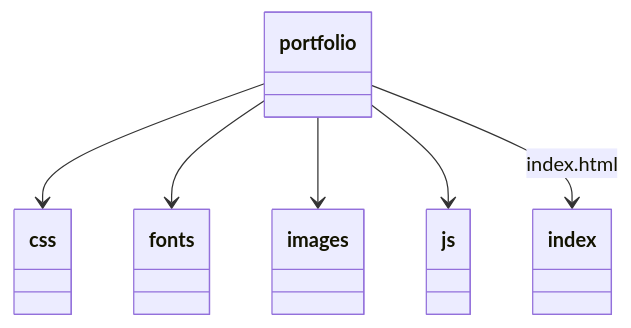
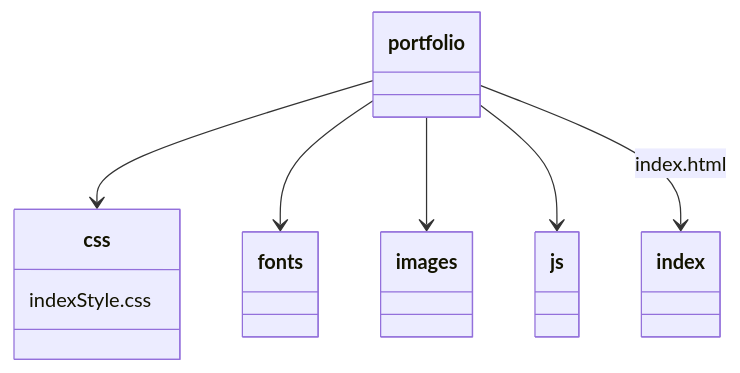
Before and after one commit to KartikVerma0/portfolio: the diagram in README.md, drawn with Mermaid.

````diff
--- a/README.md
+++ b/README.md
@@ -6,8 +6,10 @@
 ```mermaid
 classDiagram
 portfolio --> css
 portfolio --> fonts
 portfolio --> images
 portfolio --> js
 portfolio --> index : index.html
+
+css:indexStyle.css
 ```
````
